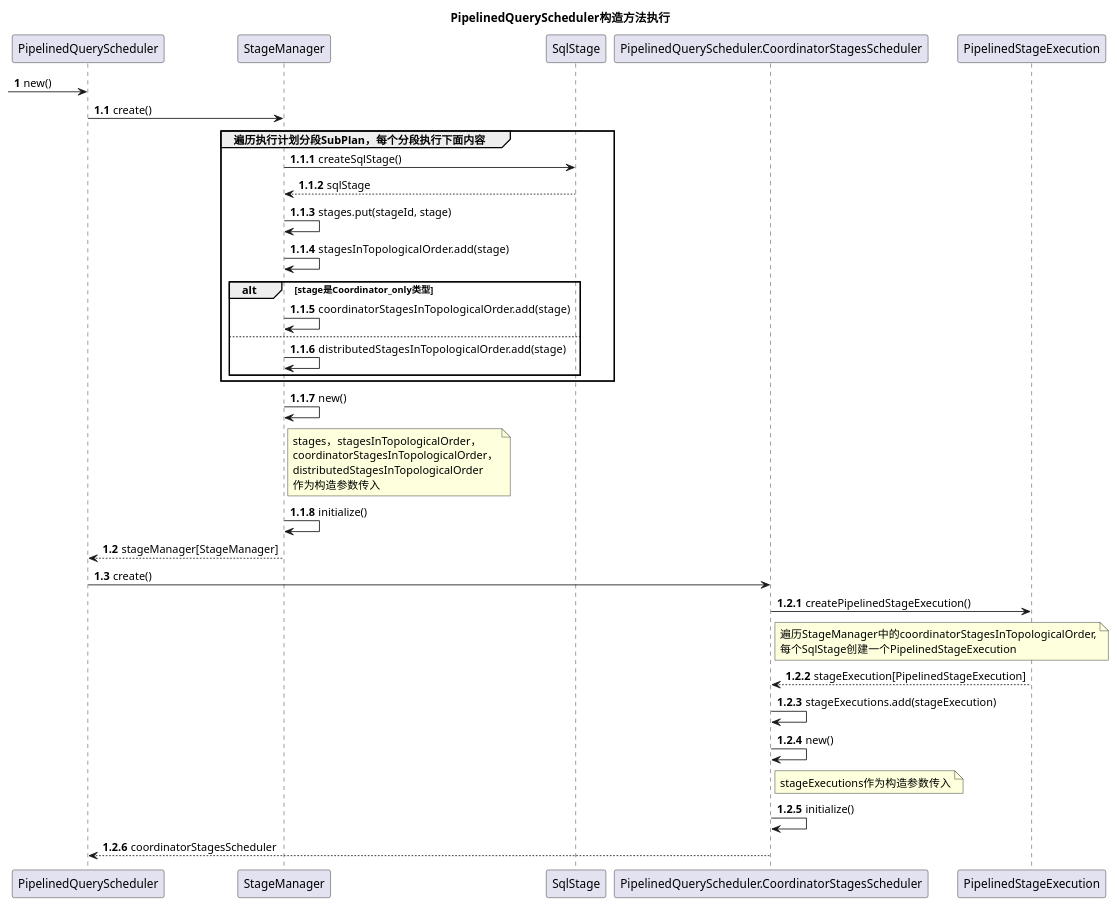
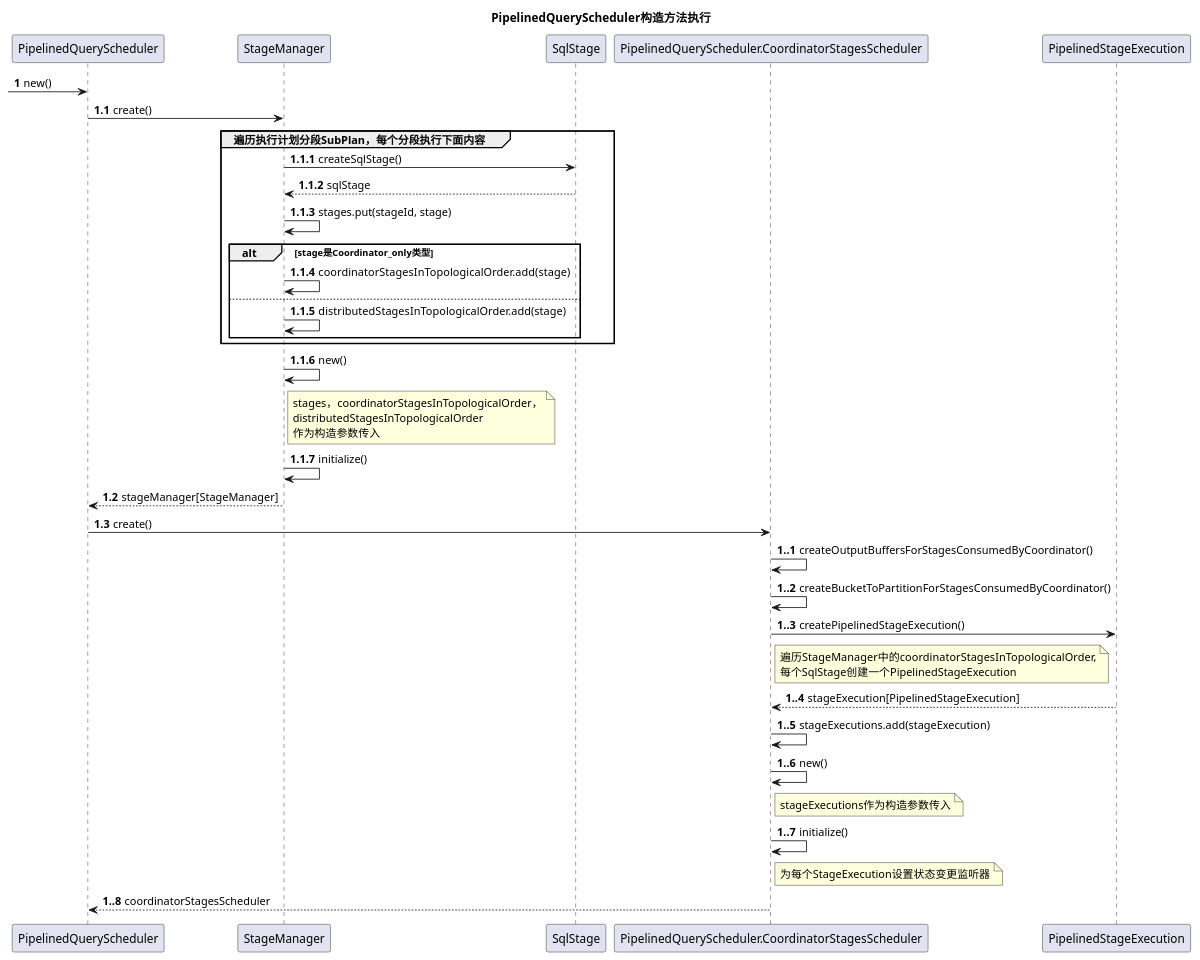
Before and after one commit to pyh8023/study: the first of 3 diagrams in trino/uml/PipelinedQueryScheduler405.puml, drawn with PlantUML. The commit also changed other lines of this file and 5 other files, not shown here.

```diff
--- a/trino/uml/PipelinedQueryScheduler405.puml
+++ b/trino/uml/PipelinedQueryScheduler405.puml
@@ -1,50 +1,53 @@
 @startuml
 title PipelinedQueryScheduler构造方法执行
 
 autonumber
  -> PipelinedQueryScheduler: new()
 autonumber 1.1
 PipelinedQueryScheduler -> StageManager: create()
 
 autonumber 1.1.1
 group 遍历执行计划分段SubPlan，每个分段执行下面内容
     StageManager -> SqlStage : createSqlStage()
     StageManager <-- SqlStage : sqlStage
     StageManager -> StageManager : stages.put(stageId, stage)
-    StageManager -> StageManager : stagesInTopologicalOrder.add(stage)
 
     alt stage是Coordinator_only类型
         StageManager -> StageManager : coordinatorStagesInTopologicalOrder.add(stage)
     else
         StageManager -> StageManager : distributedStagesInTopologicalOrder.add(stage)
     end
 end
 
 StageManager -> StageManager : new()
 note right of StageManager
-    stages，stagesInTopologicalOrder，
-    coordinatorStagesInTopologicalOrder，
+    stages，coordinatorStagesInTopologicalOrder，
     distributedStagesInTopologicalOrder
     作为构造参数传入
 end note
 StageManager -> StageManager : initialize()
 autonumber 1.2
 StageManager --> PipelinedQueryScheduler : stageManager[StageManager]
 
 participant PipelinedQueryScheduler.CoordinatorStagesScheduler as CoordinatorStagesScheduler
 PipelinedQueryScheduler -> CoordinatorStagesScheduler : create()
-autonumber 1.2.1
+autonumber 1..1
+CoordinatorStagesScheduler -> CoordinatorStagesScheduler : createOutputBuffersForStagesConsumedByCoordinator()
+CoordinatorStagesScheduler -> CoordinatorStagesScheduler : createBucketToPartitionForStagesConsumedByCoordinator()
 CoordinatorStagesScheduler -> PipelinedStageExecution : createPipelinedStageExecution()
 note right of CoordinatorStagesScheduler
     遍历StageManager中的coordinatorStagesInTopologicalOrder,
     每个SqlStage创建一个PipelinedStageExecution
 end note
 CoordinatorStagesScheduler <-- PipelinedStageExecution : stageExecution[PipelinedStageExecution]
 CoordinatorStagesScheduler -> CoordinatorStagesScheduler : stageExecutions.add(stageExecution)
 CoordinatorStagesScheduler -> CoordinatorStagesScheduler : new()
 note right of CoordinatorStagesScheduler
     stageExecutions作为构造参数传入
 end note
 CoordinatorStagesScheduler -> CoordinatorStagesScheduler : initialize()
+note right of CoordinatorStagesScheduler
+    为每个StageExecution设置状态变更监听器
+end note
 CoordinatorStagesScheduler --> PipelinedQueryScheduler :  coordinatorStagesScheduler
 @enduml
```
